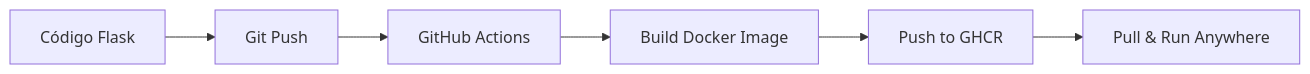
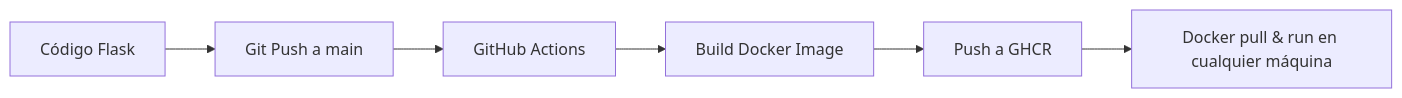
The diagram in README.md (cpu-16/flask-ci-demo), drawn with Mermaid before and after one commit. The commit also changed other lines of this file, not shown here.

````diff
--- a/README.md
+++ b/README.md
@@ -44,8 +56,8 @@
 ```mermaid
 graph LR
-    A[Código Flask] --> B[Git Push]
+    A[Código Flask] --> B[Git Push a main]
     B --> C[GitHub Actions]
     C --> D[Build Docker Image]
-    D --> E[Push to GHCR]
-    E --> F[Pull & Run Anywhere]
+    D --> E[Push a GHCR]
+    E --> F[Docker pull & run en cualquier máquina]
 ```
````
